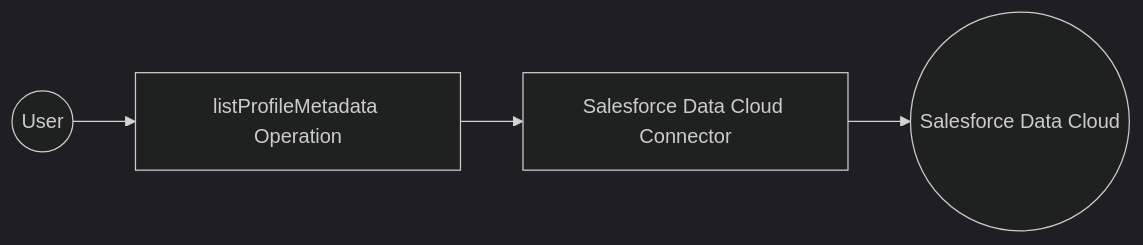
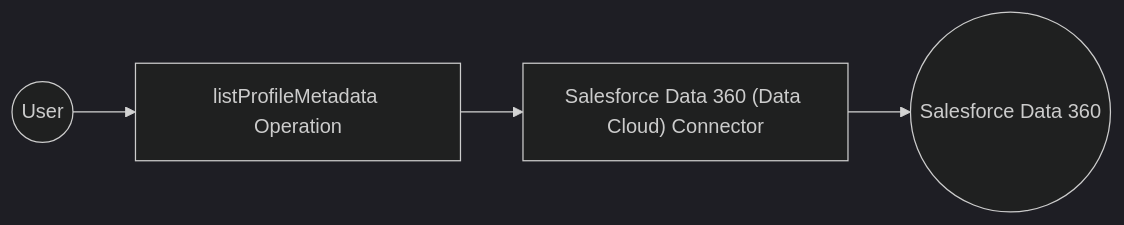
Before and after one commit to RDPerera/docs-integrator: the diagram in en/docs/connectors/catalog/marketing-social/salesforce.datacloud/example.md, drawn with Mermaid (dark theme). The commit also changed other lines of this file and 5 other files, not shown here.

First line of the commit message:
Rename the connector to Salesforce Data 360 (Data Cloud)

````diff
--- a/en/docs/connectors/catalog/marketing-social/salesforce.datacloud/example.md
+++ b/en/docs/connectors/catalog/marketing-social/salesforce.datacloud/example.md
@@ -19,6 +19,6 @@
 ```mermaid
 flowchart LR
     A((User)) --> B[listProfileMetadata Operation]
-    B --> C[Salesforce Data Cloud Connector]
-    C --> D((Salesforce Data Cloud))
+    B --> C["Salesforce Data 360 (Data Cloud) Connector"]
+    C --> D(("Salesforce Data 360"))
 ```
````
